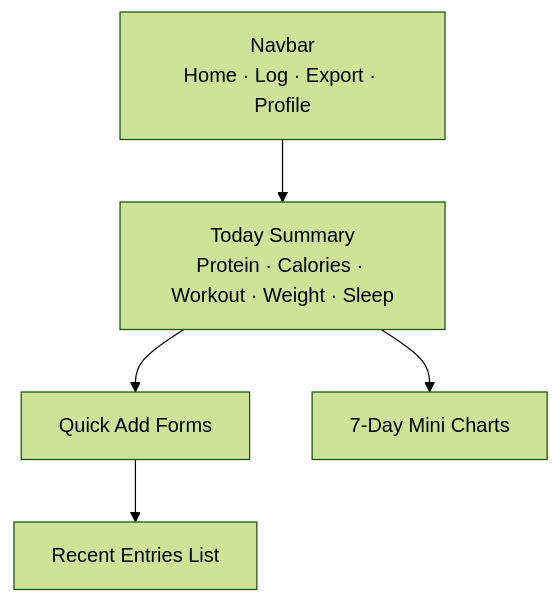
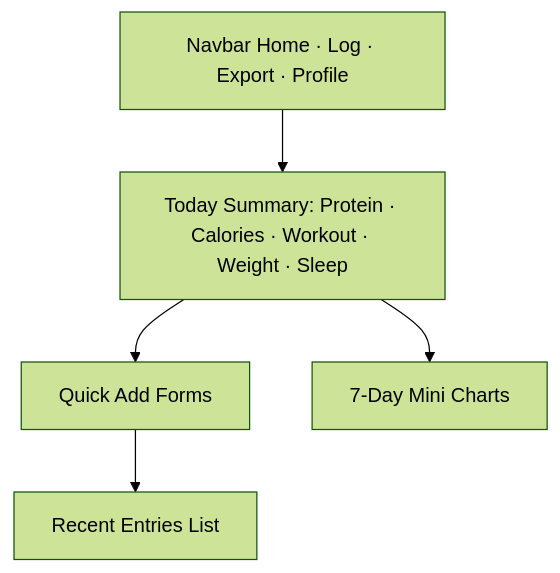
The first of 4 diagrams in README.md (EliyaAblet/stridebite), drawn with Mermaid (forest theme) before and after one commit. The commit also changed other lines of this file, not shown here.

Commit message:
Update README with fixed log meal flow and log workout flow

````diff
--- a/README.md
+++ b/README.md
@@ -66,7 +66,7 @@
 ```mermaid
 flowchart TD
-A[Navbar<br/>Home · Log · Export · Profile] --> B[Today Summary<br/>Protein · Calories · Workout · Weight · Sleep]
+A[Navbar Home · Log · Export · Profile] --> B[Today Summary: Protein · Calories · Workout · Weight · Sleep]
 B --> C[Quick Add Forms]
 B --> D[7-Day Mini Charts]
 C --> E[Recent Entries List]
 ```
````
